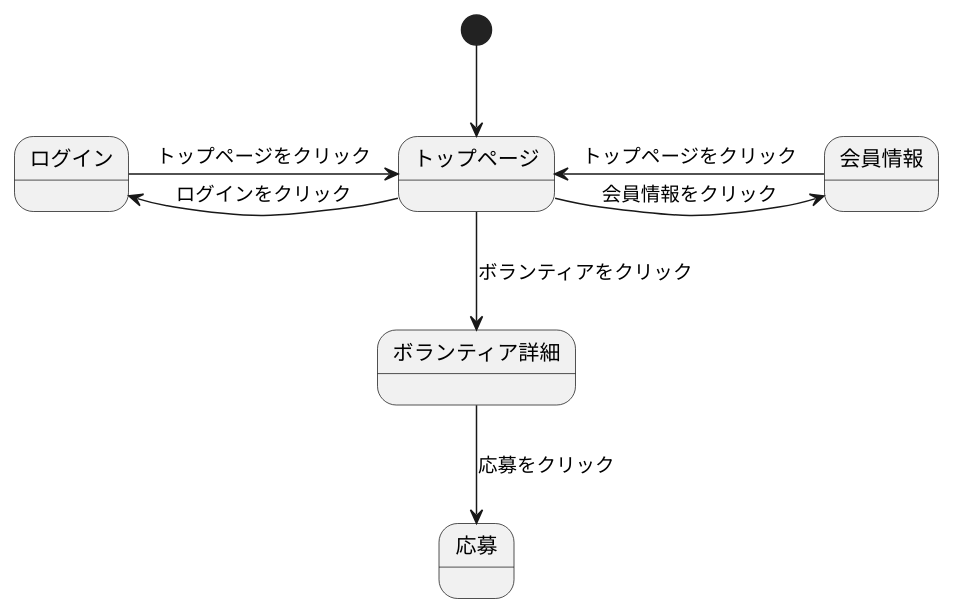
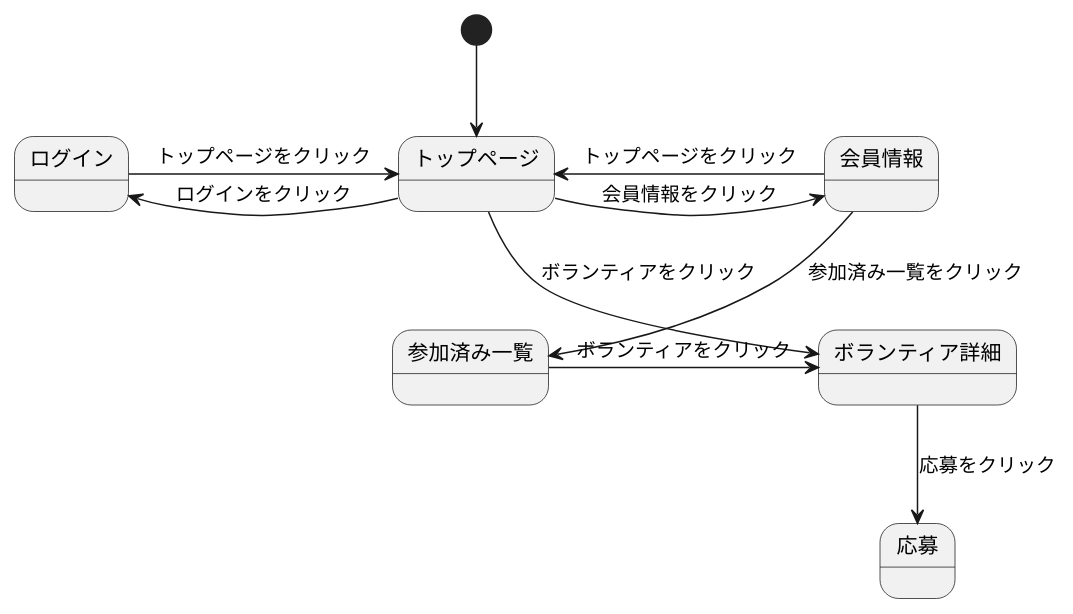
The diagram in 画面遷移図.md (Aso2001001/2022System), drawn with PlantUML before and after one commit.

````diff
--- a/画面遷移図.md
+++ b/画面遷移図.md
@@ -1,13 +1,14 @@
 ```uml
 @startuml
 [*] --> トップページ
 
 トップページ -> 会員情報 : 会員情報をクリック
 トップページ --> ボランティア詳細 : ボランティアをクリック
 ボランティア詳細 --> 応募 : 応募をクリック
 会員情報 -> トップページ : トップページをクリック
 トップページ -left-> ログイン : ログインをクリック
 ログイン -> トップページ : トップページをクリック
-
+会員情報 --> 参加済み一覧 : 参加済み一覧をクリック
+参加済み一覧 -> ボランティア詳細 : ボランティアをクリック
 @enduml
 ```
````
